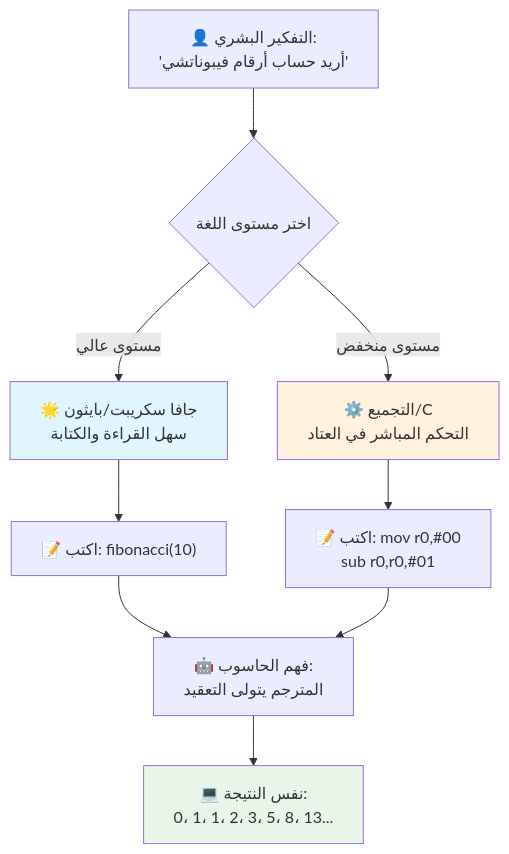
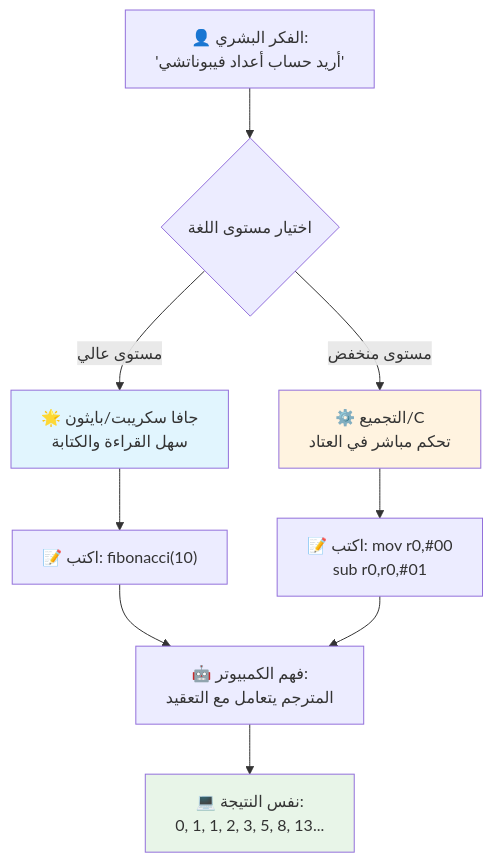
One commit to microsoft/Web-Dev-For-Beginners changed the third of 7 diagrams in translations/ar/1-getting-started-lessons/1-intro-to-programming-languages/README.md. Above: the diagram before and after it, drawn with Mermaid. The commit also changed other lines of this file and 8 other files, not shown here.

````diff
--- a/translations/ar/1-getting-started-lessons/1-intro-to-programming-languages/README.md
+++ b/translations/ar/1-getting-started-lessons/1-intro-to-programming-languages/README.md
@@ -148,19 +147,19 @@
 ```mermaid
 flowchart TB
-    A["👤 التفكير البشري:<br/>'أريد حساب أرقام فيبوناتشي'"] --> B{اختر مستوى اللغة}
+    A["👤 الفكر البشري:<br/>'أريد حساب أعداد فيبوناتشي'"] --> B{اختيار مستوى اللغة}
     
     B -->|مستوى عالي| C["🌟 جافا سكريبت/بايثون<br/>سهل القراءة والكتابة"]
-    B -->|مستوى منخفض| D["⚙️ التجميع/C<br/>التحكم المباشر في العتاد"]
+    B -->|مستوى منخفض| D["⚙️ التجميع/C<br/>تحكم مباشر في العتاد"]
     
     C --> E["📝 اكتب: fibonacci(10)"]
     D --> F["📝 اكتب: mov r0,#00<br/>sub r0,r0,#01"]
     
-    E --> G["🤖 فهم الحاسوب:<br/>المترجم يتولى التعقيد"]
+    E --> G["🤖 فهم الكمبيوتر:<br/>المترجم يتعامل مع التعقيد"]
     F --> G
     
-    G --> H["💻 نفس النتيجة:<br/>0، 1، 1، 2، 3، 5، 8، 13..."]
+    G --> H["💻 نفس النتيجة:<br/>0, 1, 1, 2, 3, 5, 8, 13..."]
     
     style C fill:#e1f5fe
     style D fill:#fff3e0
     style H fill:#e8f5e8
 ```
````
